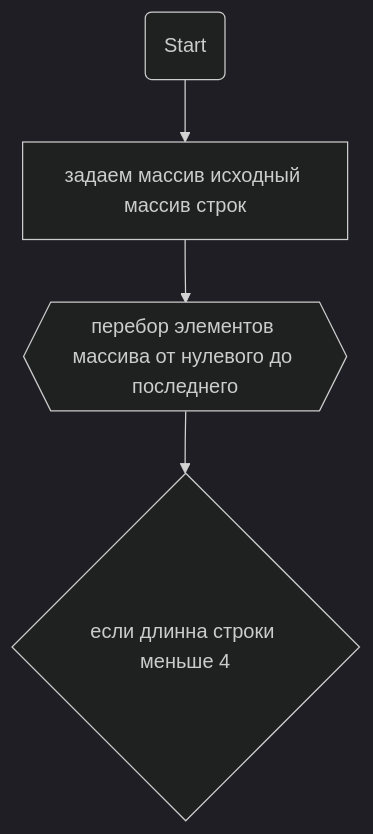
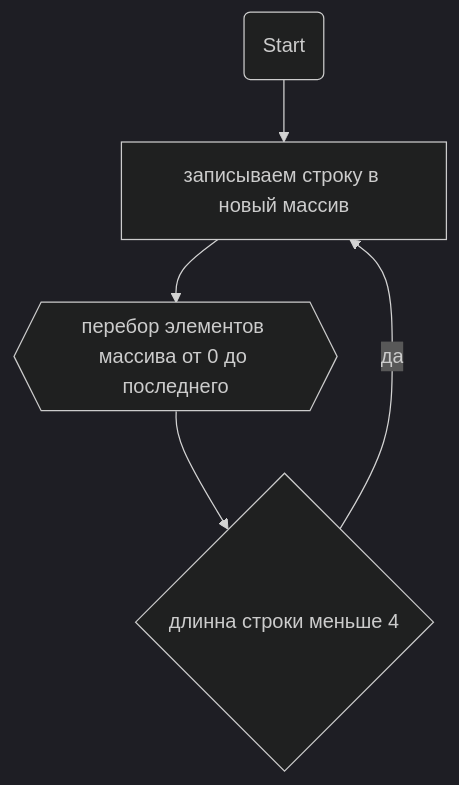
The diagram in README.md (Adalberto777/FinalTestWork), drawn with Mermaid (dark theme) before and after one commit.

Commit message:
block diagram

````diff
--- a/README.md
+++ b/README.md
@@ -14,4 +14,7 @@
 ```mermaid
   graph TB;       
-    node2(Start)  --> node1[задаем массив исходный массив строк] --> node9{{перебор элементов массива от нулевого до последнего}} --> node8{если длинна строки меньше 4}
+    node2(Start)  --> node1[задаем массив исходный массив строк];
+    node1[задаем массив исходный массив строк] --> node9{{перебор элементов массива от 0 до последнего}};
+    node9{{перебор элементов массива от 0 до последнего}} --> node8{длинна строки меньше 4};
+    node8{длинна строки меньше 4} -- да --> node1[записываем строку в новый массив];
 ```
````
